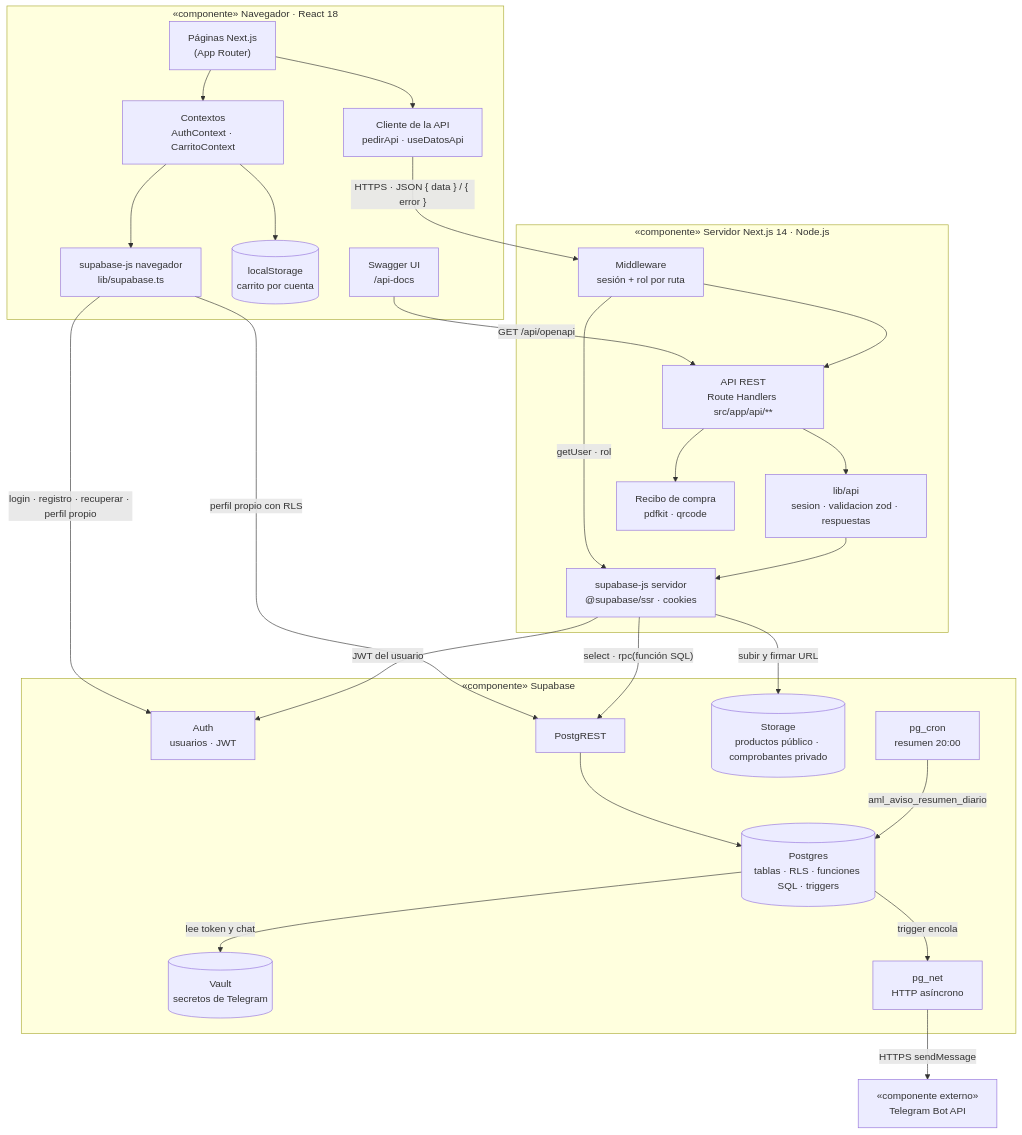
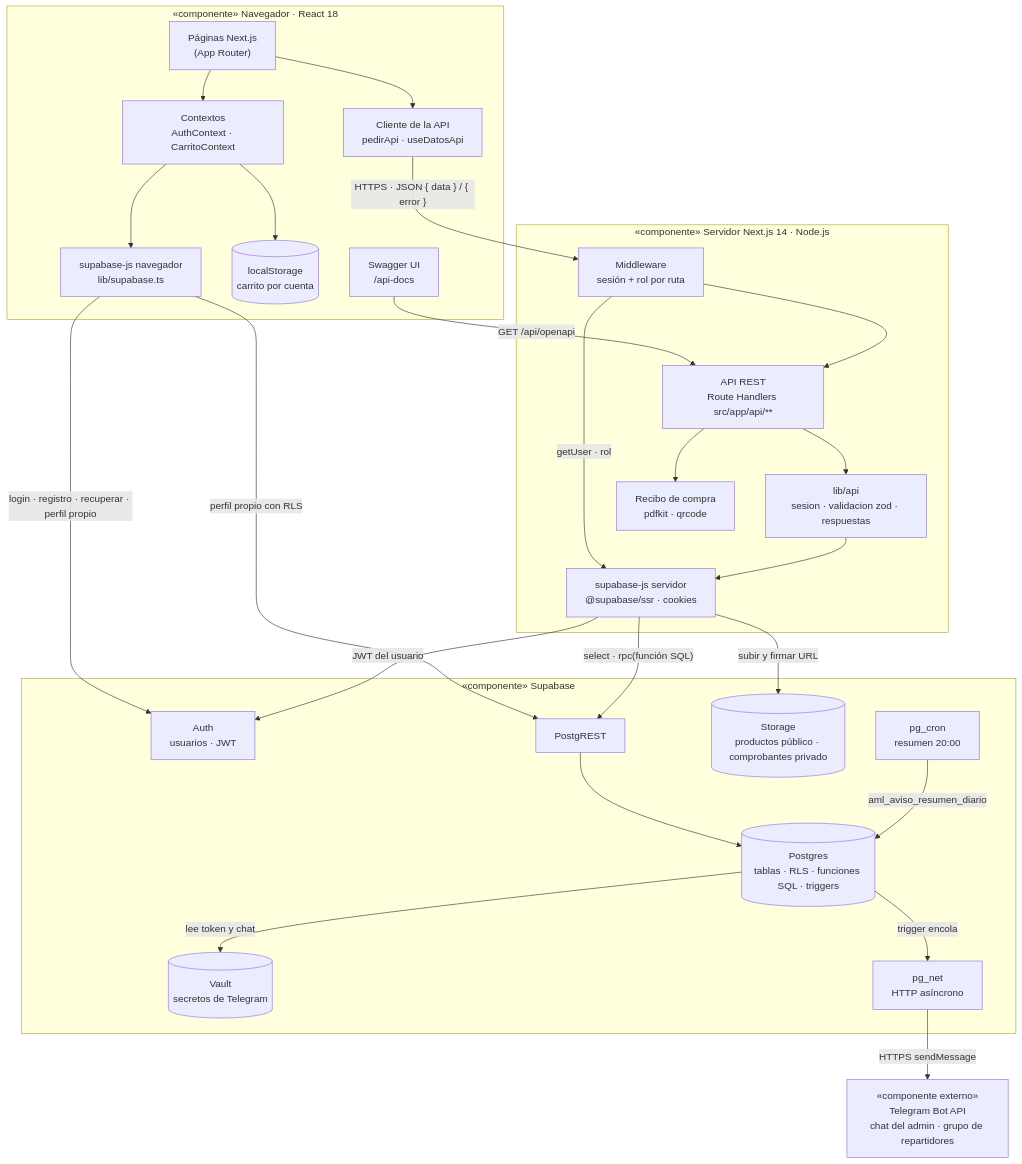
The first of 3 diagrams in docs/uml/componentes.md (Almartinezlima/AML-AgroTech), drawn with Mermaid before and after one commit. The commit also changed other lines of this file and 25 other files, not shown here.

````diff
--- a/docs/uml/componentes.md
+++ b/docs/uml/componentes.md
@@ -7,50 +7,50 @@
 ```mermaid
 flowchart TB
   subgraph NAV["«componente» Navegador · React 18"]
     PAG["Páginas Next.js<br/>(App Router)"]
     CTX["Contextos<br/>AuthContext · CarritoContext"]
     CLI["Cliente de la API<br/>pedirApi · useDatosApi"]
     SBN["supabase-js navegador<br/>lib/supabase.ts"]
     LS[("localStorage<br/>carrito por cuenta")]
     SW["Swagger UI<br/>/api-docs"]
   end
   subgraph SRV["«componente» Servidor Next.js 14 · Node.js"]
     MW["Middleware<br/>sesión + rol por ruta"]
     API["API REST<br/>Route Handlers src/app/api/**"]
     LIBAPI["lib/api<br/>sesion · validacion zod · respuestas"]
     PDF["Recibo de compra<br/>pdfkit · qrcode"]
     SBS["supabase-js servidor<br/>@supabase/ssr · cookies"]
   end
   subgraph SUP["«componente» Supabase"]
     AUTH["Auth<br/>usuarios · JWT"]
     REST["PostgREST"]
     PG[("Postgres<br/>tablas · RLS · funciones SQL · triggers")]
     STO[("Storage<br/>productos público · comprobantes privado")]
     VAULT[("Vault<br/>secretos de Telegram")]
     NET["pg_net<br/>HTTP asíncrono"]
     CRON["pg_cron<br/>resumen 20:00"]
   end
-  TG["«componente externo»<br/>Telegram Bot API"]
+  TG["«componente externo»<br/>Telegram Bot API<br/>chat del admin · grupo de repartidores"]
 
   PAG --> CTX
   PAG --> CLI
   CTX --> LS
   CTX --> SBN
   SW -->|GET /api/openapi| API
   CLI -->|"HTTPS · JSON { data } / { error }"| MW
   MW --> API
   MW -->|getUser · rol| SBS
   API --> LIBAPI
   API --> PDF
   LIBAPI --> SBS
   SBN -->|"login · registro · recuperar · perfil propio"| AUTH
   SBN -->|perfil propio con RLS| REST
   SBS -->|JWT del usuario| AUTH
   SBS -->|"select · rpc(función SQL)"| REST
   SBS -->|subir y firmar URL| STO
   REST --> PG
   PG -->|trigger encola| NET
   CRON -->|aml_aviso_resumen_diario| PG
   PG -->|lee token y chat| VAULT
   NET -->|"HTTPS sendMessage"| TG
 ```
````
